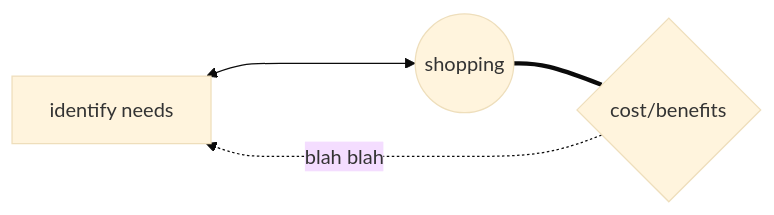
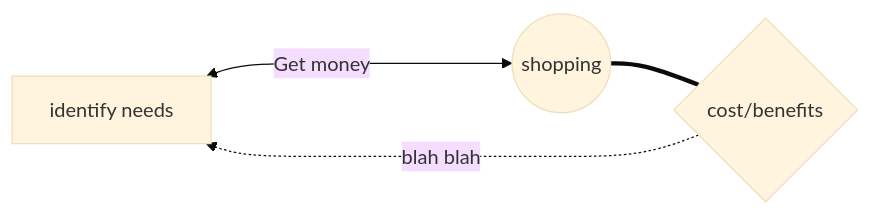
Before and after one commit to proinsias/an-independent-mind: the seventh of 8 diagrams in docs/Mermaid.md, drawn with Mermaid (base theme). The commit also changed other lines of this file, not shown here.

````diff
--- a/docs/Mermaid.md
+++ b/docs/Mermaid.md
@@ -99,5 +99,5 @@
 ```mermaid
 flowchart LR
-A[identify needs] <---> B((shopping)) === C{cost/benefits}
+A[identify needs] <---> |Get money| B((shopping)) === C{cost/benefits}
 C{cost/benefits} -.blah blah.-> A[identify needs]
 ```
````
